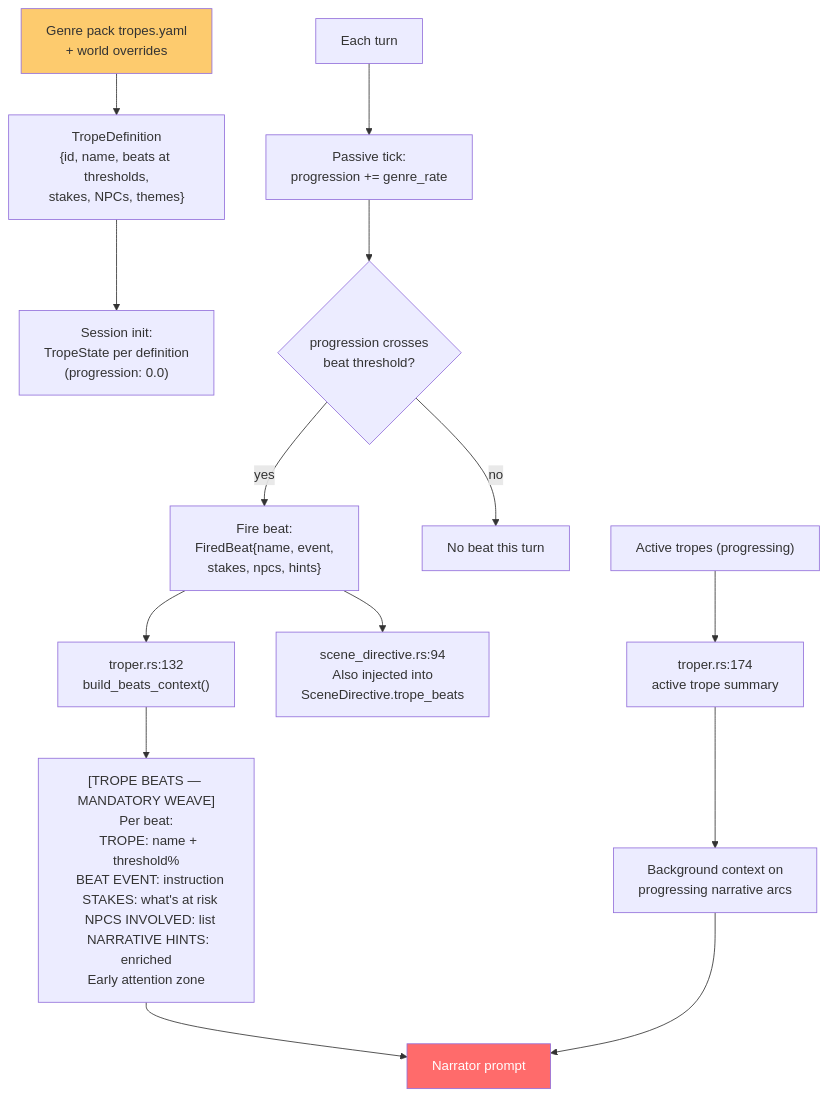
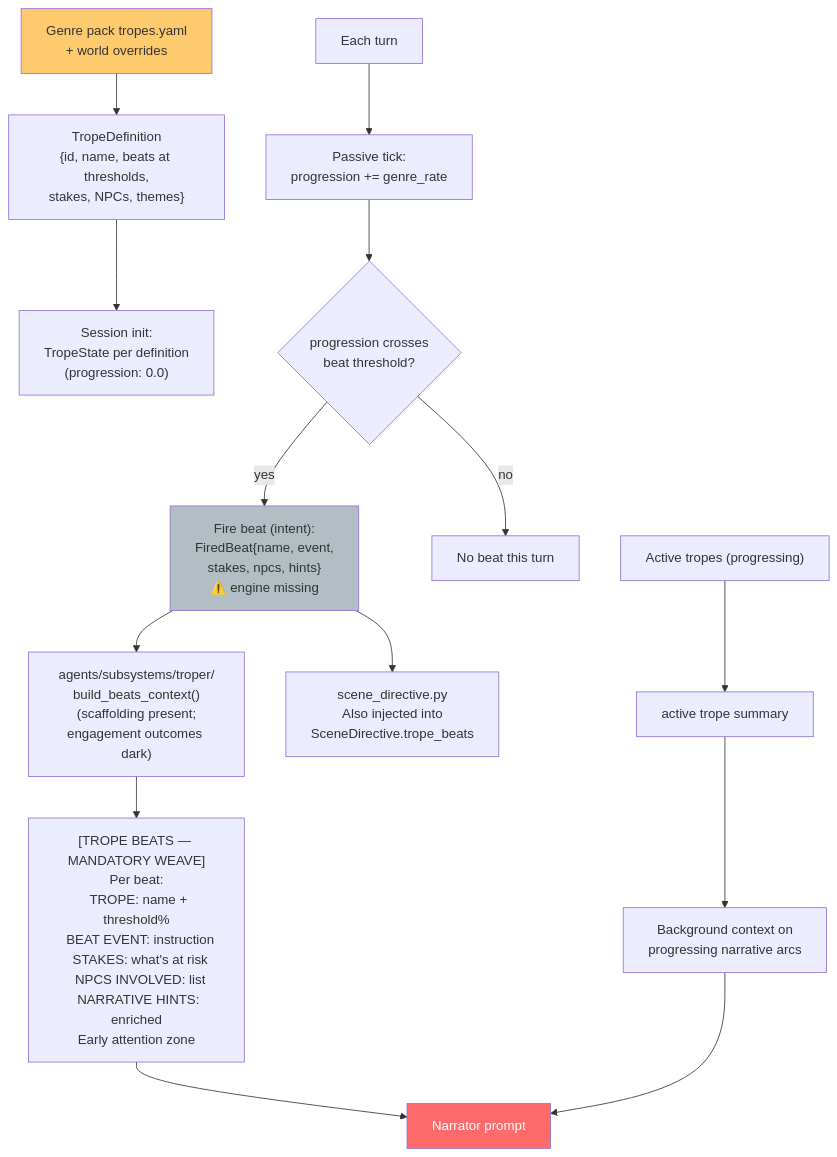
Diagram 13 of 15 in docs/wiring-diagrams.md (slabgorb/sidequest), drawn with Mermaid before and after one commit. The commit also changed other lines of this file and 4 other files, not shown here.

````diff
--- a/docs/wiring-diagrams.md
+++ b/docs/wiring-diagrams.md
@@ -664,24 +699,25 @@
 ```mermaid
 flowchart TD
     A["Genre pack tropes.yaml<br/>+ world overrides"] --> B["TropeDefinition<br/>{id, name, beats at thresholds,<br/>stakes, NPCs, themes}"]
     B --> C["Session init:<br/>TropeState per definition<br/>(progression: 0.0)"]
 
     D["Each turn"] --> E["Passive tick:<br/>progression += genre_rate"]
     E --> F{"progression crosses<br/>beat threshold?"}
-    F -->|"yes"| G["Fire beat:<br/>FiredBeat{name, event,<br/>stakes, npcs, hints}"]
+    F -->|"yes"| G["Fire beat (intent):<br/>FiredBeat{name, event,<br/>stakes, npcs, hints}<br/>⚠️ engine missing"]
     F -->|"no"| H["No beat this turn"]
 
-    G --> I["troper.rs:132<br/>build_beats_context()"]
+    G --> I["agents/subsystems/troper/<br/>build_beats_context()<br/>(scaffolding present;<br/>engagement outcomes dark)"]
     I --> J["[TROPE BEATS — MANDATORY WEAVE]<br/>Per beat:<br/>  TROPE: name + threshold%<br/>  BEAT EVENT: instruction<br/>  STAKES: what's at risk<br/>  NPCS INVOLVED: list<br/>  NARRATIVE HINTS: enriched<br/>Early attention zone"]
 
-    K["Active tropes (progressing)"] --> L["troper.rs:174<br/>active trope summary"]
+    K["Active tropes (progressing)"] --> L["active trope summary"]
     L --> M["Background context on<br/>progressing narrative arcs"]
 
     J --> N["Narrator prompt"]
     M --> N
 
-    G --> O["scene_directive.rs:94<br/>Also injected into<br/>SceneDirective.trope_beats"]
+    G --> O["scene_directive.py<br/>Also injected into<br/>SceneDirective.trope_beats"]
 
     style A fill:#fdcb6e,color:#333
     style N fill:#ff6b6b,color:#fff
+    style G fill:#b2bec3,color:#333
 ```
````
